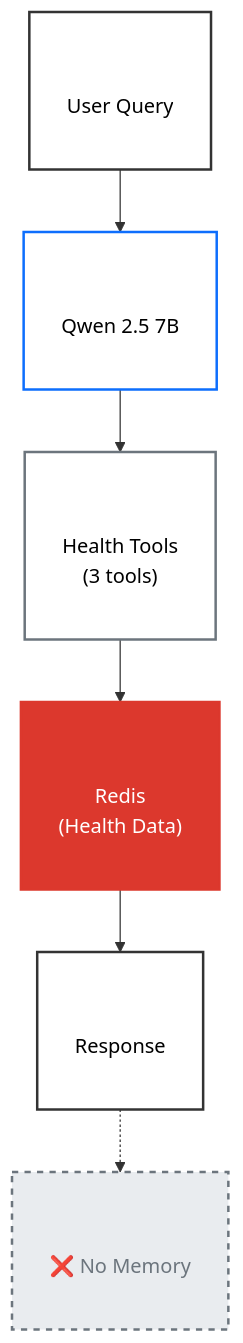
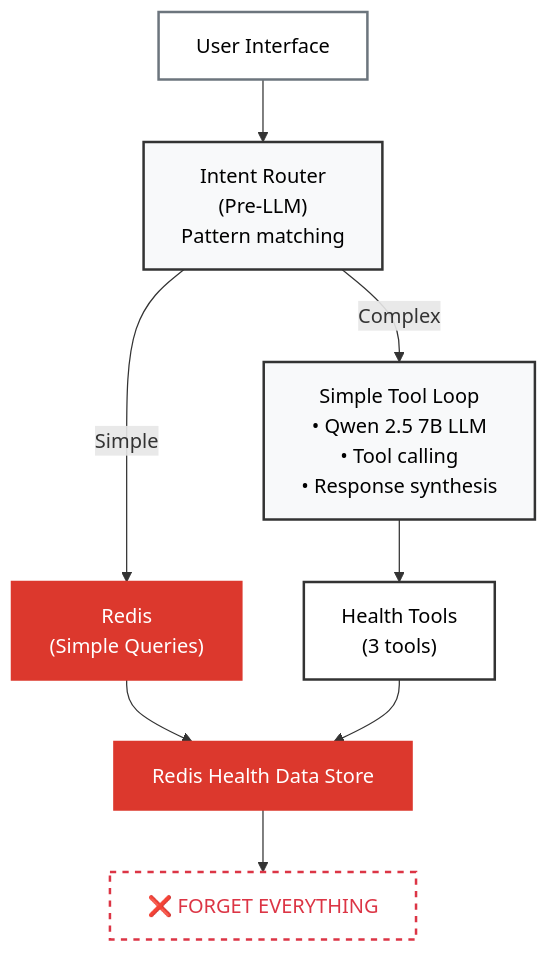
Before and after one commit to AllieRays/redis-wellness: the first of 2 diagrams in README.md, drawn with Mermaid. The commit also changed other lines of this file and 6 other files, not shown here.

````diff
--- a/README.md
+++ b/README.md
@@ -89,22 +23,28 @@
 ```mermaid
-flowchart TD
-    S1["<br/><br/>User Query<br/><br/>"]:::query
-    S2["<br/><br/>Qwen 2.5 7B<br/><br/>"]:::llm
-    S3["<br/><br/>Health Tools<br/>(3 tools)<br/><br/>"]:::tool
-    S4["<br/><br/>Redis<br/>(Health Data)<br/><br/>"]:::redis
-    S5["<br/><br/>Response<br/><br/>"]:::response
-    S6["<br/><br/>❌ No Memory<br/><br/>"]:::nomemory
+flowchart TB
+    UI["User Interface"]
+    Router["Intent Router<br/>(Pre-LLM)<br/>Pattern matching"]
 
-    S1 --> S2
-    S2 --> S3
-    S3 --> S4
-    S4 --> S5
-    S5 -.-> S6
+    Simple["Redis<br/>(Simple Queries)"]
+    SimpleLoop["Simple Tool Loop<br/>• Qwen 2.5 7B LLM<br/>• Tool calling<br/>• Response synthesis"]
 
-    classDef query fill:#fff,stroke:#333,stroke-width:2px,color:#000
-    classDef llm fill:#fff,stroke:#0d6efd,stroke-width:2px,color:#000
-    classDef tool fill:#fff,stroke:#6c757d,stroke-width:2px,color:#000
-    classDef redis fill:#dc382d,stroke:#dc382d,stroke-width:2px,color:#fff
-    classDef response fill:#fff,stroke:#333,stroke-width:2px,color:#000
-    classDef nomemory fill:#e9ecef,stroke:#6c757d,stroke-width:2px,stroke-dasharray: 5 5,color:#6c757d
+    Tools["Health Tools<br/>(3 tools)"]
+    RedisData["Redis Health Data Store"]
+    Forget["❌ FORGET EVERYTHING"]
+
+    UI --> Router
+    Router -->|"Simple"| Simple
+    Router -->|"Complex"| SimpleLoop
+    Simple --> RedisData
+    SimpleLoop --> Tools
+    Tools --> RedisData
+    RedisData --> Forget
+
+    style UI fill:#fff,stroke:#6c757d,stroke-width:2px,color:#000
+    style Router fill:#f8f9fa,stroke:#333,stroke-width:2px,color:#000
+    style Simple fill:#dc382d,stroke:#dc382d,stroke-width:2px,color:#fff
+    style SimpleLoop fill:#f8f9fa,stroke:#333,stroke-width:2px,color:#000
+    style Tools fill:#fff,stroke:#333,stroke-width:2px,color:#000
+    style RedisData fill:#dc382d,stroke:#dc382d,stroke-width:2px,color:#fff
+    style Forget fill:#fff,stroke:#dc3545,stroke-width:2px,color:#dc3545,stroke-dasharray: 5 5
 ```
````
